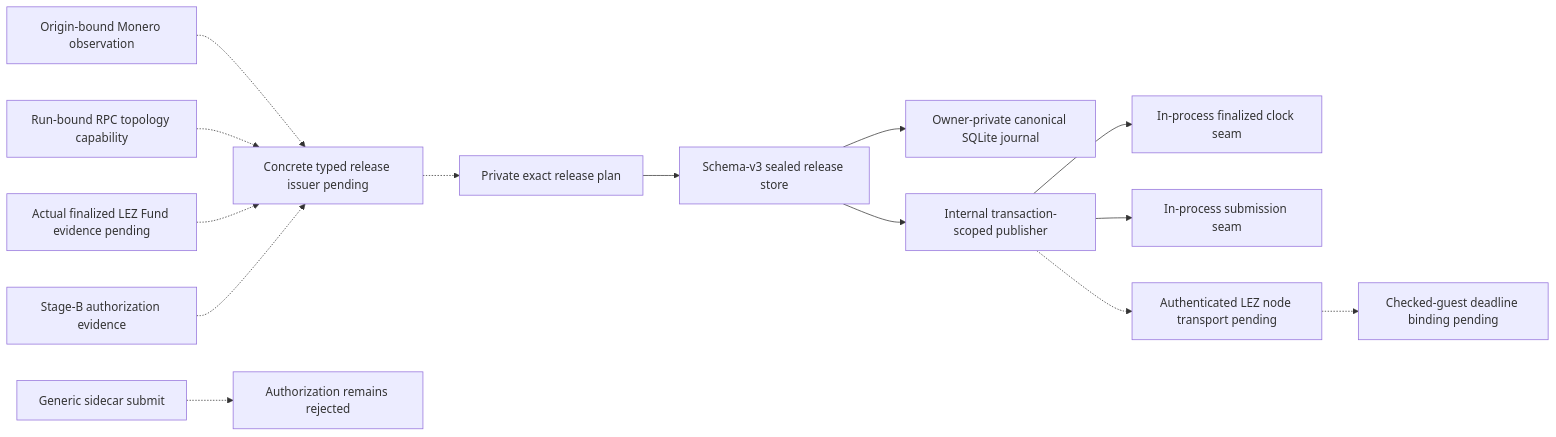
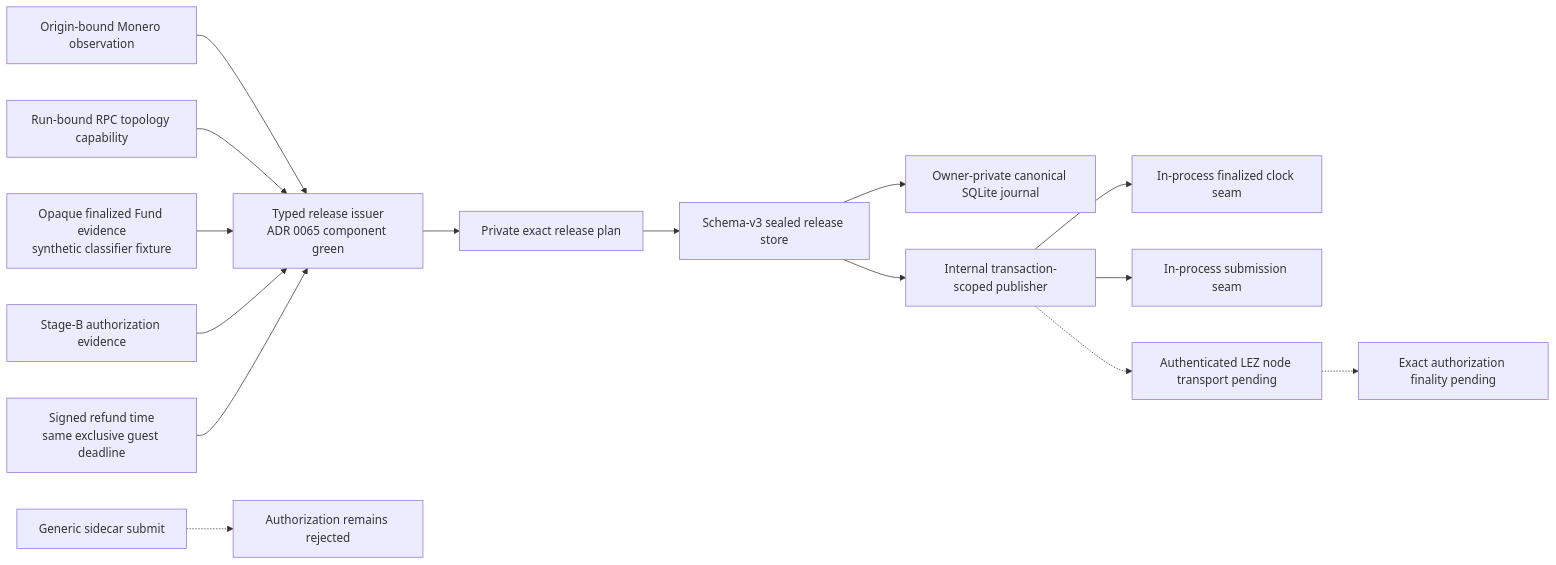
One commit to gateway-fm/lez-atomic-swaps changed the first of 2 diagrams in docs/architecture/0064-gate-xmr-publication-through-sealed-journal.md. Above: the diagram before and after it, drawn with Mermaid. The commit also changed other lines of this file and 21 other files, not shown here.

Commit message:
feat(m4): bind XMR release to opaque evidence

````diff
--- a/docs/architecture/0064-gate-xmr-publication-through-sealed-journal.md
+++ b/docs/architecture/0064-gate-xmr-publication-through-sealed-journal.md
@@ -44,16 +46,17 @@
 ```mermaid
 flowchart LR
-    Observation["Origin-bound Monero observation"] -.-> Issuer["Concrete typed release issuer pending"]
-    Topology["Run-bound RPC topology capability"] -.-> Issuer
-    Fund["Actual finalized LEZ Fund evidence pending"] -.-> Issuer
-    StageB["Stage-B authorization evidence"] -.-> Issuer
-    Issuer -.-> Plan["Private exact release plan"]
+    Observation["Origin-bound Monero observation"] --> Issuer["Typed release issuer<br/>ADR 0065 component green"]
+    Topology["Run-bound RPC topology capability"] --> Issuer
+    Fund["Opaque finalized Fund evidence<br/>synthetic classifier fixture"] --> Issuer
+    StageB["Stage-B authorization evidence"] --> Issuer
+    Deadline["Signed refund time<br/>same exclusive guest deadline"] --> Issuer
+    Issuer --> Plan["Private exact release plan"]
     Plan --> Store["Schema-v3 sealed release store"]
     Store --> Journal["Owner-private canonical SQLite journal"]
     Store --> Publisher["Internal transaction-scoped publisher"]
     Publisher --> TestClock["In-process finalized clock seam"]
     Publisher --> TestTransport["In-process submission seam"]
     Publisher -.-> NodeTransport["Authenticated LEZ node transport pending"]
-    NodeTransport -.-> Guest["Checked-guest deadline binding pending"]
+    NodeTransport -.-> Finality["Exact authorization finality pending"]
     Generic["Generic sidecar submit"] -.-> Rejected["Authorization remains rejected"]
 ```
````
